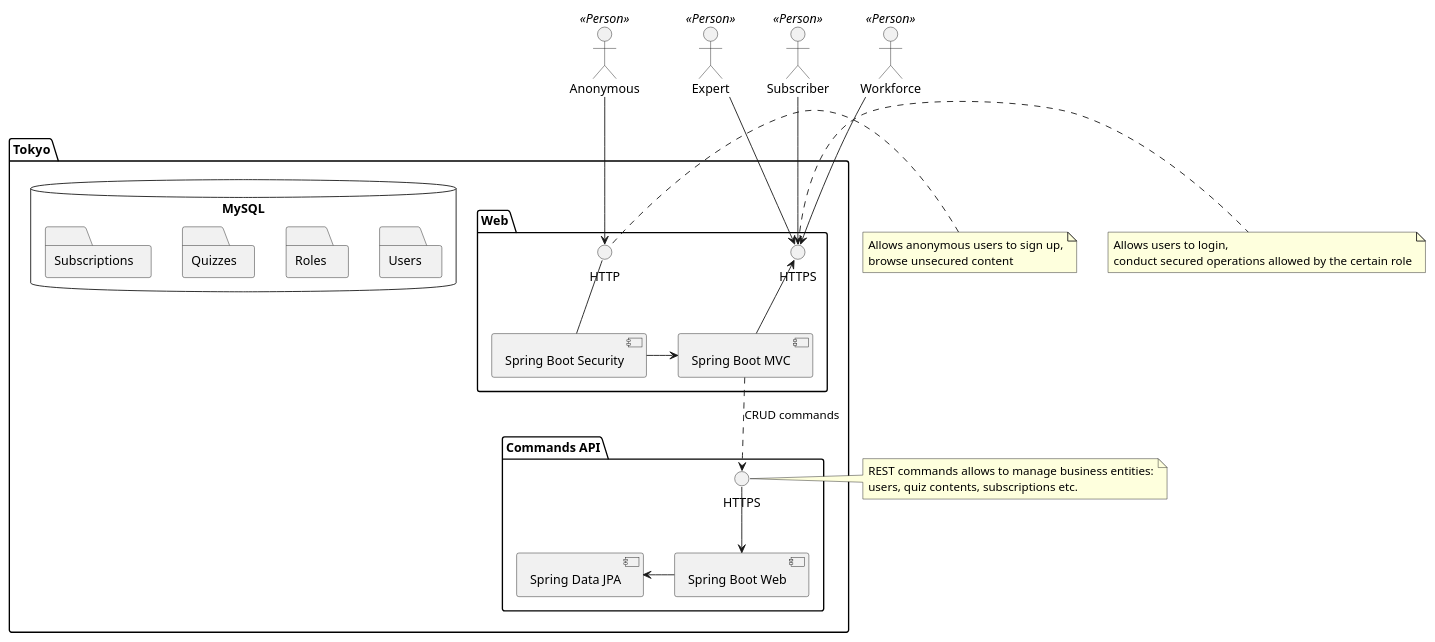
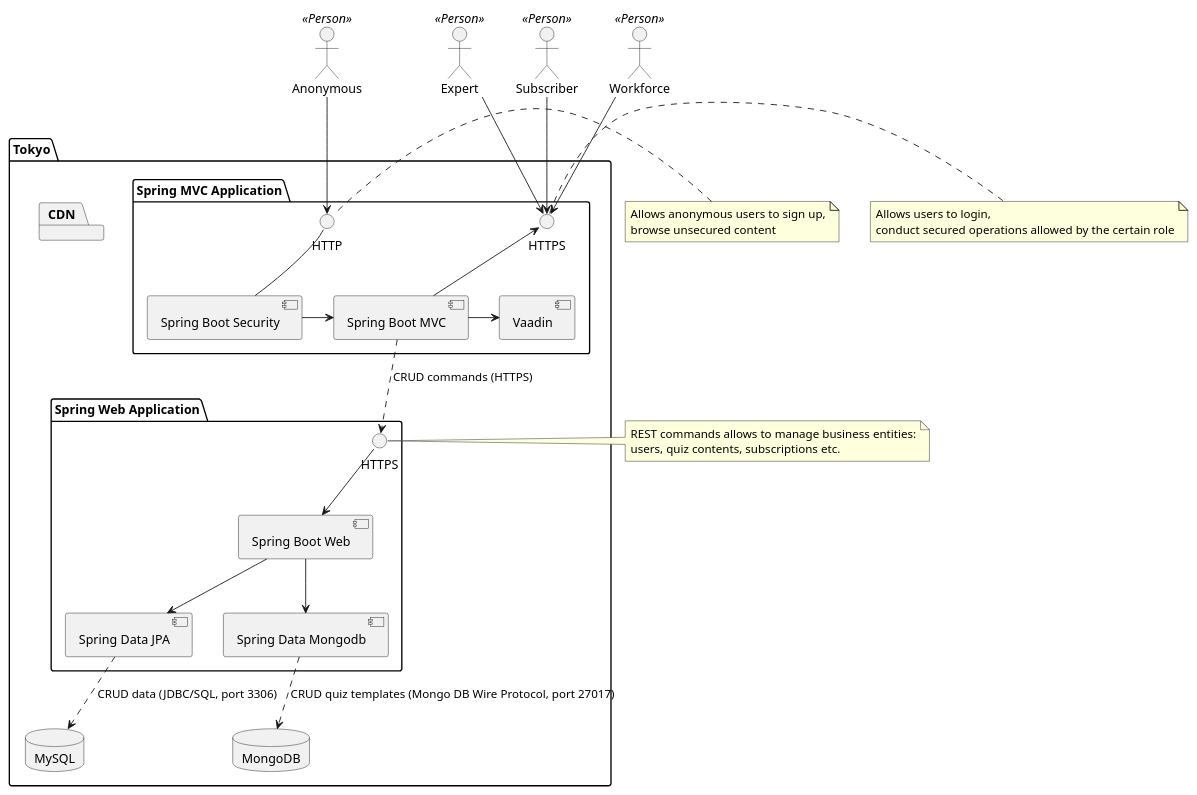
Before and after one commit to andrewkandzuba/quizco: the third of 3 diagrams in documentation/README.md, drawn with PlantUML. The commit also changed other lines of this file, not shown here.

Commit message:
container diagram

```diff
--- a/documentation/README.md
+++ b/documentation/README.md
@@ -173,53 +174,53 @@
 @startuml
 
 actor "Anonymous" <<Person>> as AU
 actor "Expert" <<Person>> as AEXPR
 actor "Subscriber" <<Person>> as ASUBSCR
 actor "Workforce" <<Person>> as AWF
 
 folder "Tokyo" as CQS {
-    package "Web" {
+    package "Spring MVC Application" {
         interface HTTP as HTTPF
         interface HTTPS as HTTPSF
         HTTPF -down- [Spring Boot Security]
         [Spring Boot Security] -right-> [Spring Boot MVC]
         [Spring Boot MVC] -up-> HTTPSF
+        [Spring Boot MVC] -> [Vaadin] 
     }
-    package "Commands API" {
+    package "Spring Web Application" {
         interface HTTPS as HTTPSA
         HTTPSA -down-> [Spring Boot Web]
-        [Spring Boot Web] -left-> [Spring Data JPA]
+        [Spring Boot Web] -down-> [Spring Data JPA]
+        [Spring Boot Web] -down-> [Spring Data Mongodb]
+    }
+    package "CDN" {
     }
     database "MySQL" {
-        folder "Users" {
-        }
-        folder "Roles" {
-        }
-        folder "Quizzes"{
-        }
-        folder "Subscriptions"{
-        }
+    }
+    database "MongoDB" {
     }
 }
 
 AU -down-> HTTPF
 AEXPR -down-> HTTPSF
 ASUBSCR -down-> HTTPSF
 AWF -down-> HTTPSF
-[Spring Boot MVC] ..> HTTPSA : CRUD commands 
+[Spring Boot MVC] ..> HTTPSA : CRUD commands (HTTPS)
+[Spring Data JPA] ..> MySQL : CRUD data (JDBC/SQL, port 3306)
+[Spring Data Mongodb] ..> MongoDB : CRUD quiz templates (Mongo DB Wire Protocol, port 27017)
 
 note left of HTTPF
     Allows anonymous users to sign up,
     browse unsecured content
 end note
 note right of HTTPSF
    Allows users to login,
    conduct secured operations allowed by the certain role
 end note
 note right of HTTPSA
    REST commands allows to manage business entities:
    users, quiz contents, subscriptions etc.
 end note
  
  
 @enduml
```
